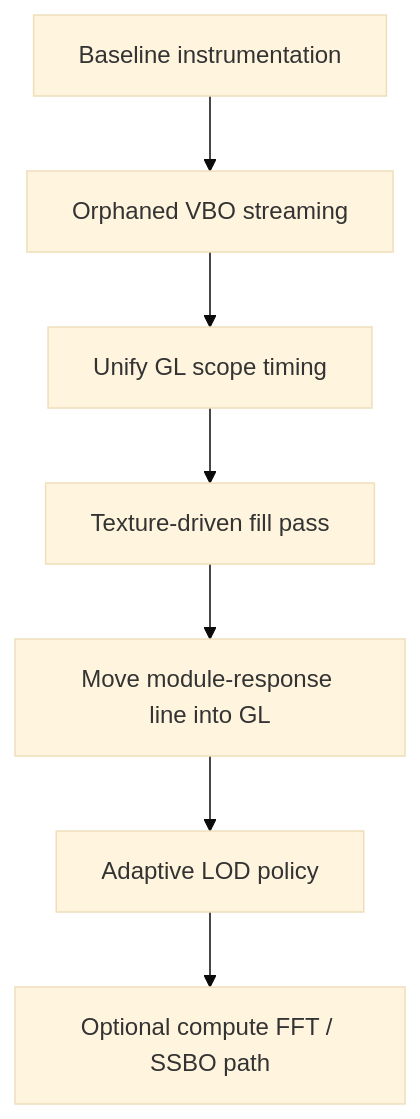
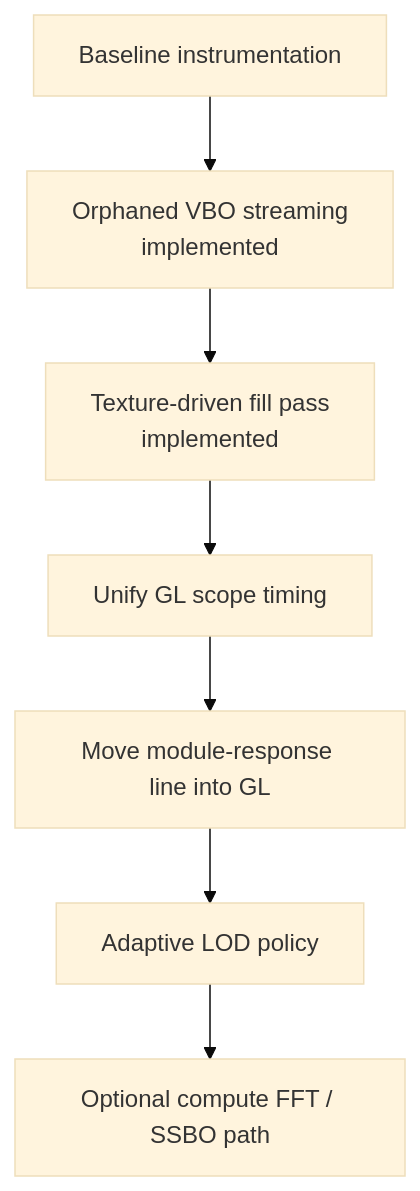
The second of 2 diagrams in doc/Bifurx/Bifurx_draw.md (PlasmaChroma/Leviathan-Rack2), drawn with Mermaid (base theme) before and after one commit. The commit also changed other lines of this file and 6 other files, not shown here.

````diff
--- a/doc/Bifurx/Bifurx_draw.md
+++ b/doc/Bifurx/Bifurx_draw.md
@@ -471,9 +471,9 @@
 ```mermaid
 flowchart TD
-    A[Baseline instrumentation] --> B[Orphaned VBO streaming]
-    B --> C[Unify GL scope timing]
-    C --> D[Texture-driven fill pass]
+    A[Baseline instrumentation] --> B[Orphaned VBO streaming<br/>implemented]
+    B --> C[Texture-driven fill pass<br/>implemented]
+    C --> D[Unify GL scope timing]
     D --> E[Move module-response line into GL]
     E --> F[Adaptive LOD policy]
     F --> G[Optional compute FFT / SSBO path]
 ```
````
